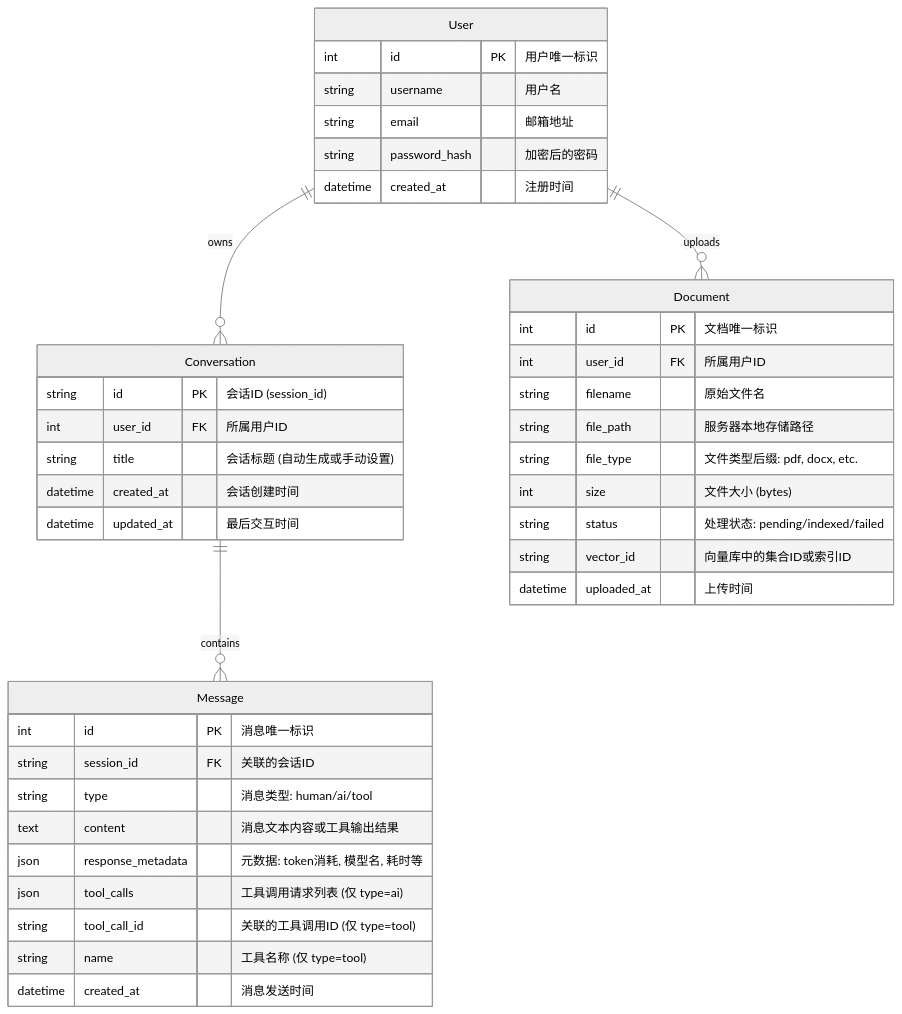
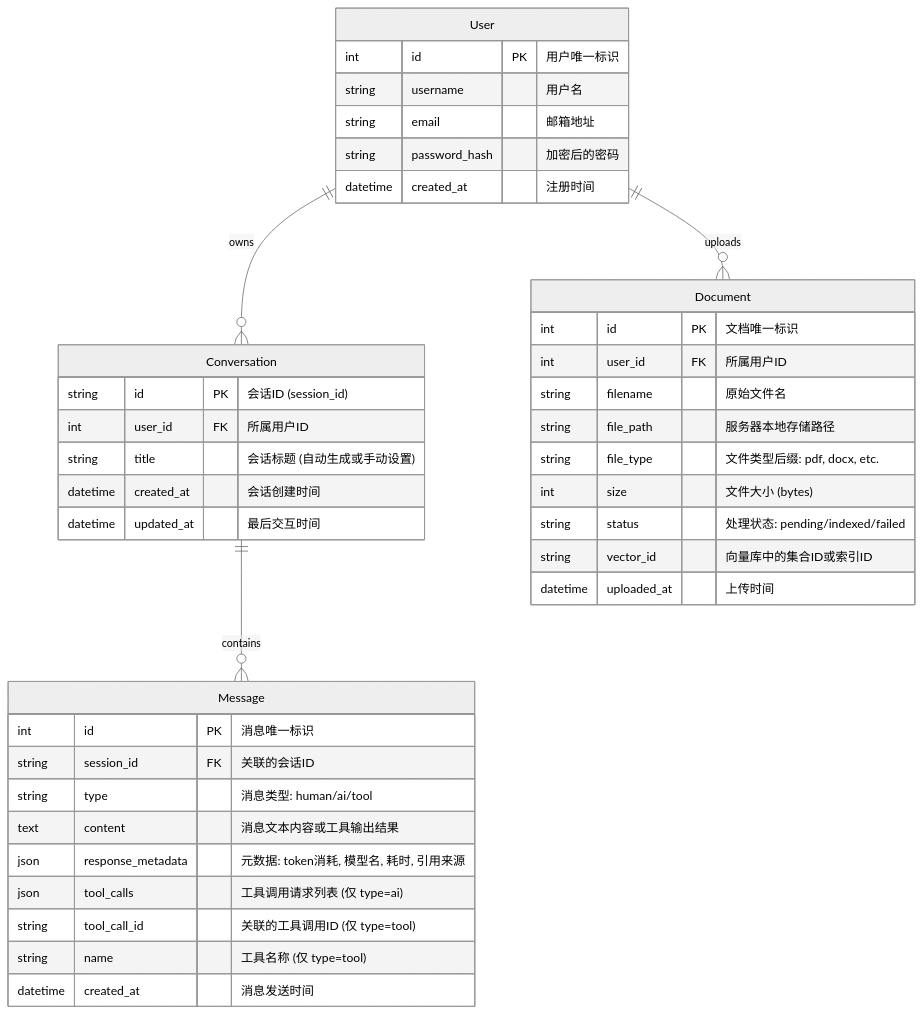
The second of 2 diagrams in product_docs/technical_design_document.md (liudu2326526/agent-study), drawn with Mermaid (neutral theme) before and after one commit. The commit also changed other lines of this file and 1 other file, not shown here.

````diff
--- a/product_docs/technical_design_document.md
+++ b/product_docs/technical_design_document.md
@@ -110,46 +110,46 @@
 ```mermaid
 erDiagram
     User ||--o{ Conversation : owns
     User ||--o{ Document : uploads
     Conversation ||--o{ Message : contains
     
     User {
         int id PK "用户唯一标识"
         string username "用户名"
         string email "邮箱地址"
         string password_hash "加密后的密码"
         datetime created_at "注册时间"
     }
     
     Conversation {
         string id PK "会话ID (session_id)"
         int user_id FK "所属用户ID"
         string title "会话标题 (自动生成或手动设置)"
         datetime created_at "会话创建时间"
         datetime updated_at "最后交互时间"
     }
     
     Message {
         int id PK "消息唯一标识"
         string session_id FK "关联的会话ID"
         string type "消息类型: human/ai/tool"
         text content "消息文本内容或工具输出结果"
-        json response_metadata "元数据: token消耗, 模型名, 耗时等"
+        json response_metadata "元数据: token消耗, 模型名, 耗时, 引用来源"
         json tool_calls "工具调用请求列表 (仅 type=ai)"
         string tool_call_id "关联的工具调用ID (仅 type=tool)"
         string name "工具名称 (仅 type=tool)"
         datetime created_at "消息发送时间"
     }
     
     Document {
         int id PK "文档唯一标识"
         int user_id FK "所属用户ID"
         string filename "原始文件名"
         string file_path "服务器本地存储路径"
         string file_type "文件类型后缀: pdf, docx, etc."
         int size "文件大小 (bytes)"
         string status "处理状态: pending/indexed/failed"
         string vector_id "向量库中的集合ID或索引ID"
         datetime uploaded_at "上传时间"
     }
 ```
````
